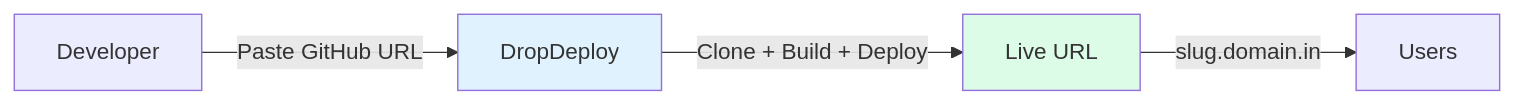
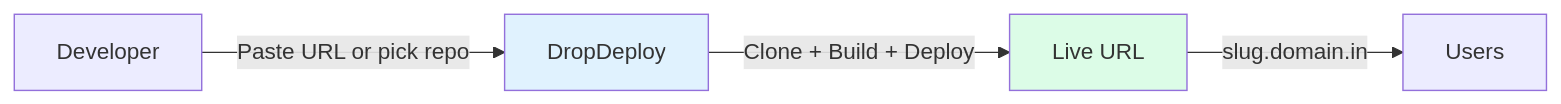
Before and after one commit to kpndevrootentri/dropdeploy: the first of 3 diagrams in docs/PRD.md, drawn with Mermaid. The commit also changed other lines of this file and 5 other files, not shown here.

````diff
--- a/docs/PRD.md
+++ b/docs/PRD.md
@@ -11,9 +11,9 @@
 ```mermaid
 graph LR
-    A["Developer"] -->|Paste GitHub URL| B["DropDeploy"]
+    A["Developer"] -->|"Paste URL or pick repo"| B["DropDeploy"]
     B -->|Clone + Build + Deploy| C["Live URL"]
     C -->|"slug.domain.in"| D["Users"]
 
     style B fill:#e0f2fe
     style C fill:#dcfce7
 ```
````
